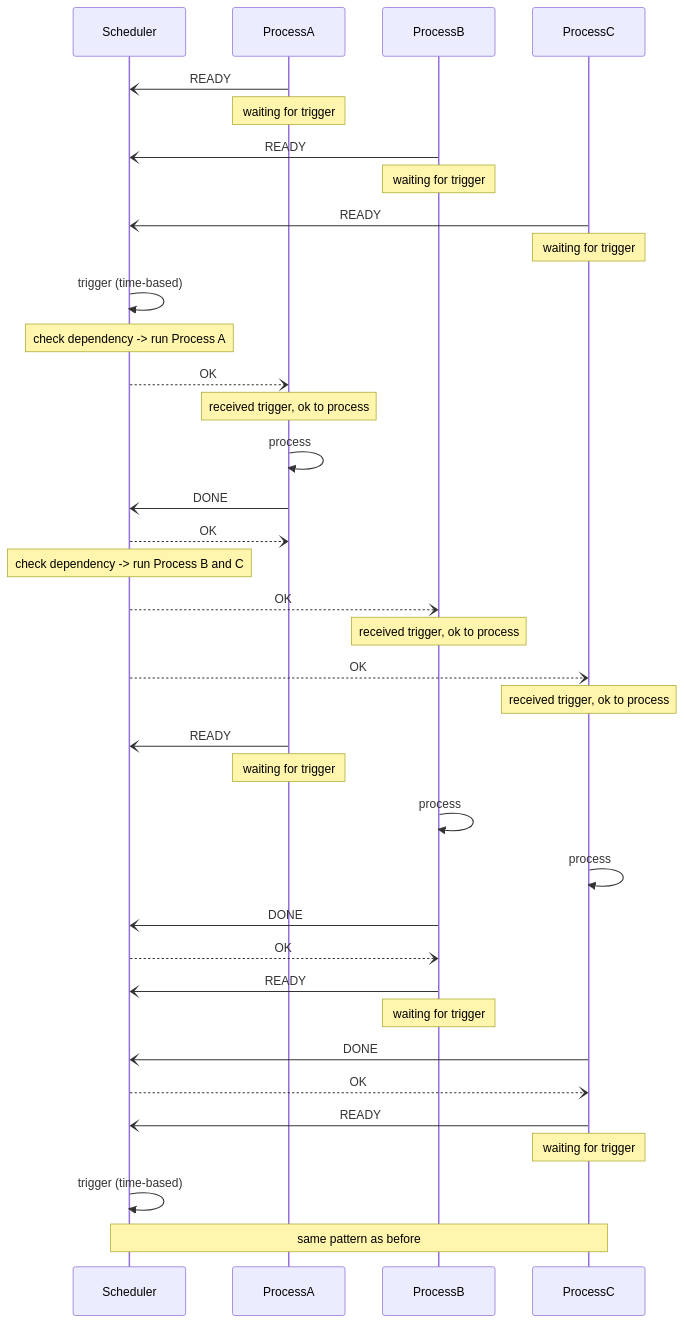
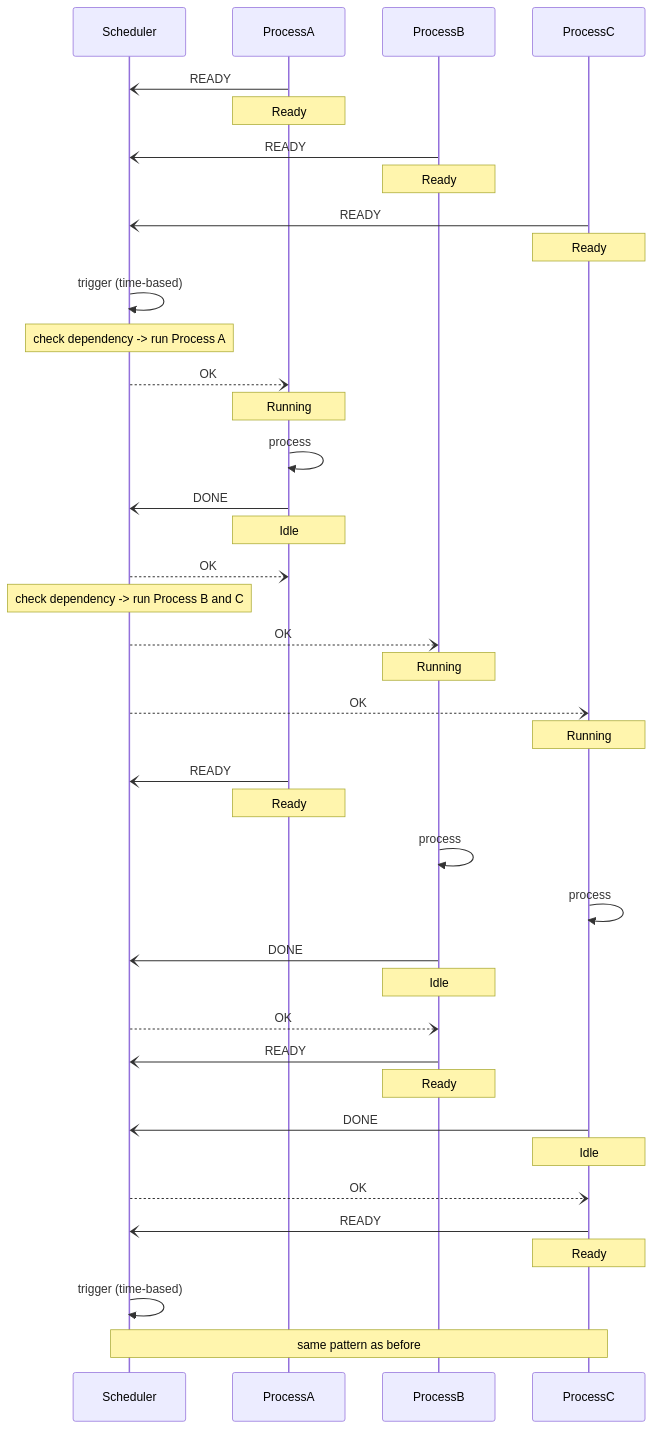
The second of 2 diagrams in docs/message-sequence.md (nao-kawano/ritsu-scheduler), drawn with Mermaid before and after one commit. The commit also changed other lines of this file and 2 other files, not shown here.

Commit message:
doc: Clarify state management documentation and ensure diagram consistency

````diff
--- a/docs/message-sequence.md
+++ b/docs/message-sequence.md
@@ -63,48 +79,51 @@
 ```mermaid
 sequenceDiagram
   participant M as Scheduler
   participant A as ProcessA
   participant B as ProcessB
   participant C as ProcessC
 
   A -) M: READY
-    Note over A: waiting for trigger
+    Note over A: Ready
   B -) M: READY
-    Note over B: waiting for trigger
+    Note over B: Ready
   C -) M: READY
-    Note over C: waiting for trigger
+    Note over C: Ready
 
   M ->> M: trigger (time-based)
   Note over M: check dependency -> run Process A
 
   M --) A: OK
-  Note over A: received trigger, ok to process
+  Note over A: Running
   A ->> A: process
   A -) M: DONE
+  Note over A: Idle
   M --) A: OK
 
   Note over M: check dependency -> run Process B and C
   M --) B: OK
-  Note over B: received trigger, ok to process
+  Note over B: Running
   M --) C: OK
-  Note over C: received trigger, ok to process
+  Note over C: Running
 
   A -) M: READY
-    Note over A: waiting for trigger
+    Note over A: Ready
 
   B ->> B: process
   C ->> C: process
 
   B -) M: DONE
+  Note over B: Idle
   M --) B: OK
   B -) M: READY
-    Note over B: waiting for trigger
+    Note over B: Ready
 
   C -) M: DONE
+  Note over C: Idle
   M --) C: OK
   C -) M: READY
-    Note over C: waiting for trigger
+    Note over C: Ready
 
   M ->> M: trigger (time-based)
   Note over M,C: same pattern as before
 ```
````
